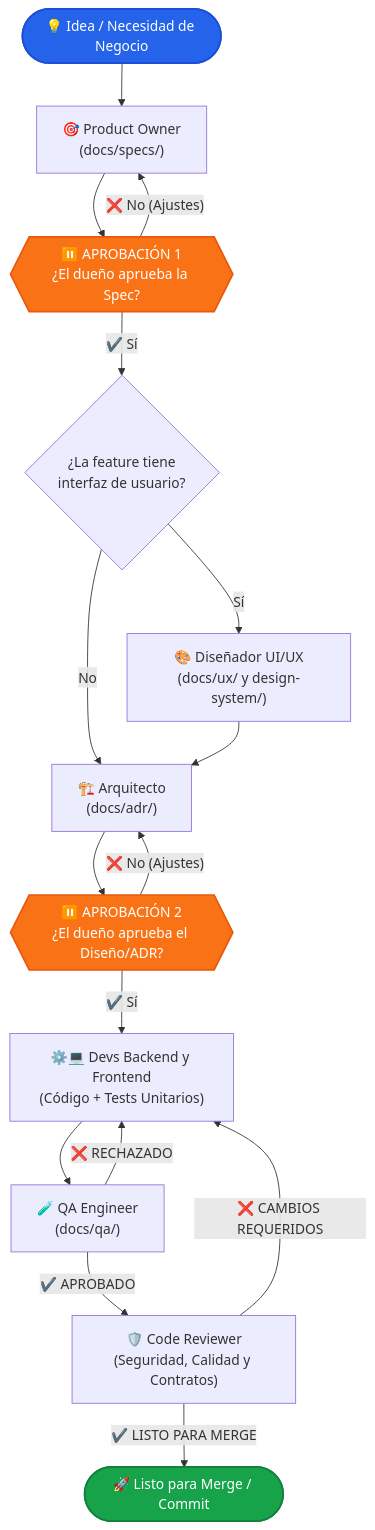
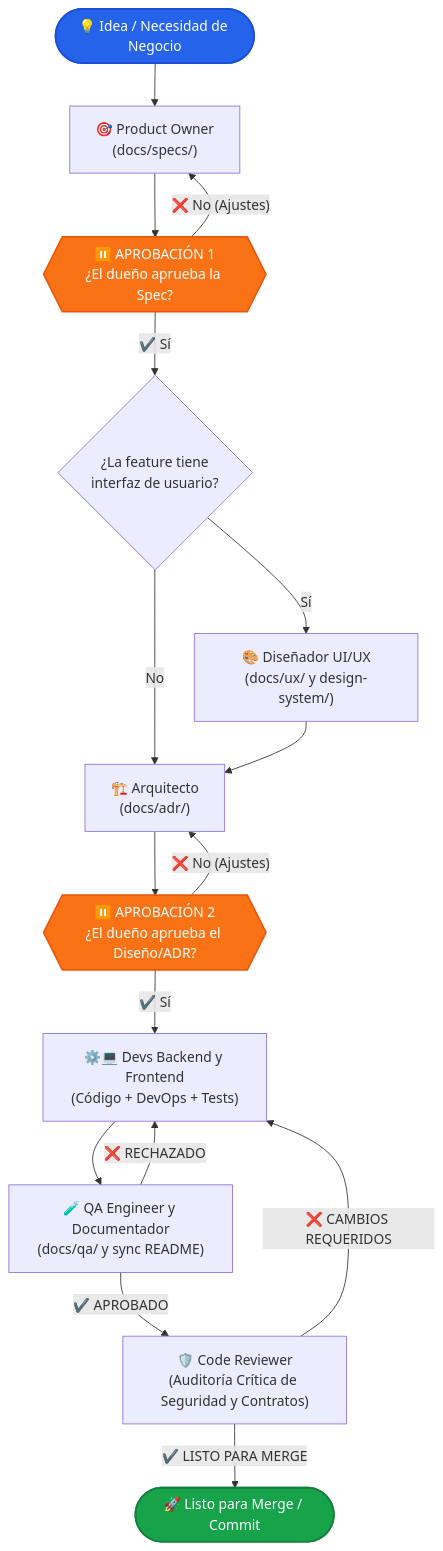
Before and after one commit to GeboArt-Dev/Equipo-Dev: the diagram in README.es.md, drawn with Mermaid. The commit also changed other lines of this file and 12 other files, not shown here.

````diff
--- a/README.es.md
+++ b/README.es.md
@@ -74,28 +75,28 @@
 ```mermaid
 flowchart TD
     Start(["💡 Idea / Necesidad de Negocio"]) --> PO["🎯 Product Owner<br/>(docs/specs/)"]
     PO --> Pause1{{"⏸️ APROBACIÓN 1<br/>¿El dueño aprueba la Spec?"}}
     
     Pause1 -- "❌ No (Ajustes)" --> PO
     Pause1 -- "✔️ Sí" --> HasUI{"¿La feature tiene<br/>interfaz de usuario?"}
     
     HasUI -- "Sí" --> UX["🎨 Diseñador UI/UX<br/>(docs/ux/ y design-system/)"]
     HasUI -- "No" --> Arch["🏗️ Arquitecto<br/>(docs/adr/)"]
     UX --> Arch
     
     Arch --> Pause2{{"⏸️ APROBACIÓN 2<br/>¿El dueño aprueba el Diseño/ADR?"}}
     Pause2 -- "❌ No (Ajustes)" --> Arch
-    Pause2 -- "✔️ Sí" --> Dev["⚙️💻 Devs Backend y Frontend<br/>(Código + Tests Unitarios)"]
+    Pause2 -- "✔️ Sí" --> Dev["⚙️💻 Devs Backend y Frontend<br/>(Código + DevOps + Tests)"]
     
-    Dev --> QA["🧪 QA Engineer<br/>(docs/qa/)"]
+    Dev --> QA["🧪 QA Engineer y Documentador<br/>(docs/qa/ y sync README)"]
     QA -- "❌ RECHAZADO" --> Dev
-    QA -- "✔️ APROBADO" --> Review["🛡️ Code Reviewer<br/>(Seguridad, Calidad y Contratos)"]
+    QA -- "✔️ APROBADO" --> Review["🛡️ Code Reviewer<br/>(Auditoría Crítica de Seguridad y Contratos)"]
     
     Review -- "❌ CAMBIOS REQUERIDOS" --> Dev
     Review -- "✔️ LISTO PARA MERGE" --> Done(["🚀 Listo para Merge / Commit"])
 
     style Pause1 fill:#f97316,stroke:#ea580c,stroke-width:2px,color:#fff
     style Pause2 fill:#f97316,stroke:#ea580c,stroke-width:2px,color:#fff
     style Done fill:#16a34a,stroke:#15803d,stroke-width:2px,color:#fff
     style Start fill:#2563eb,stroke:#1d4ed8,stroke-width:2px,color:#fff
 ```
````
